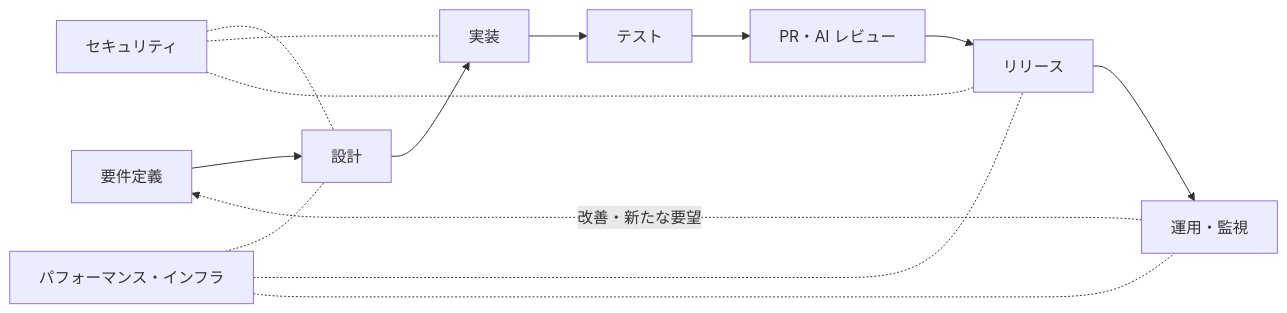
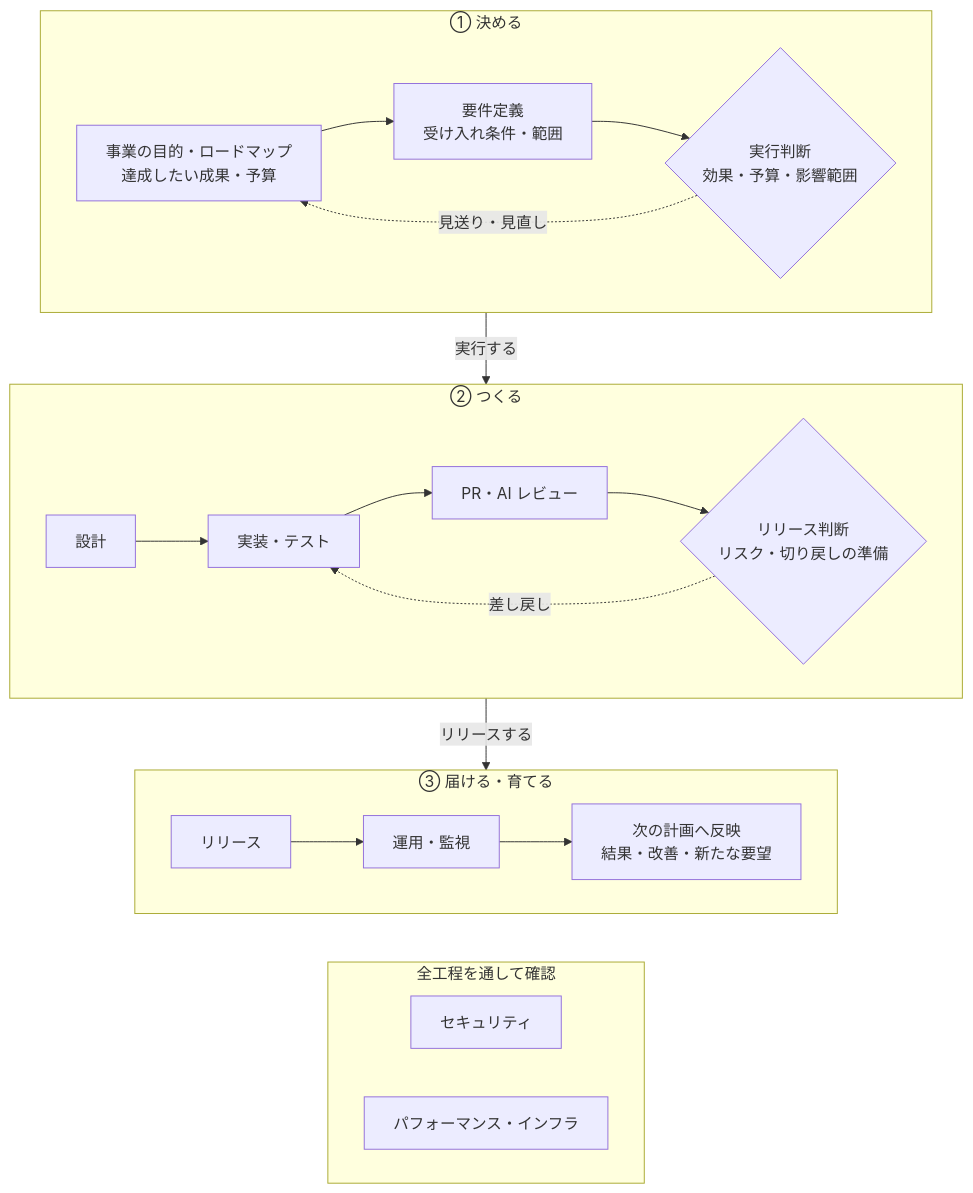
Before and after one commit to ktaishi/engineering-notes: the diagram in README.md, drawn with Mermaid. The commit also changed other lines of this file, not shown here.

Commit message:
Rework README overview diagram to start from business goals
Start the flow from business goals and the roadmap, add explicit go/no-go
and release decisions, group steps into decide/build/deliver phases, and
show security and performance as cross-cutting concerns.

Claude-Session: https://claude.ai/code/session_01CwfLzywDdSN9CNLtKmjCaS

````diff
--- a/README.md
+++ b/README.md
@@ -14,11 +14,26 @@
 ```mermaid
-flowchart LR
-  A["要件定義"] --> B["設計"] --> C["実装"] --> D["テスト"] --> E["PR・AI レビュー"] --> F["リリース"] --> G["運用・監視"]
-  G -. "改善・新たな要望" .-> A
-  S["セキュリティ"] -.- B
-  S -.- C
-  S -.- F
-  P["パフォーマンス・インフラ"] -.- B
-  P -.- F
-  P -.- G
+flowchart TD
+  subgraph S1["① 決める"]
+    direction LR
+    O["事業の目的・ロードマップ<br/>達成したい成果・予算"] --> R["要件定義<br/>受け入れ条件・範囲"]
+    R --> J{"実行判断<br/>効果・予算・影響範囲"}
+    J -. "見送り・見直し" .-> O
+  end
+  subgraph S2["② つくる"]
+    direction LR
+    D["設計"] --> I["実装・テスト"] --> PR["PR・AI レビュー"] --> RJ{"リリース判断<br/>リスク・切り戻しの準備"}
+    RJ -. "差し戻し" .-> I
+  end
+  subgraph S3["③ 届ける・育てる"]
+    direction LR
+    RL["リリース"] --> OP["運用・監視"] --> FB["次の計画へ反映<br/>結果・改善・新たな要望"]
+  end
+  subgraph X["全工程を通して確認"]
+    direction LR
+    SEC["セキュリティ"]
+    PERF["パフォーマンス・インフラ"]
+  end
+  S1 -- "実行する" --> S2
+  S2 -- "リリースする" --> S3
+  S3 ~~~ X
 ```
````
